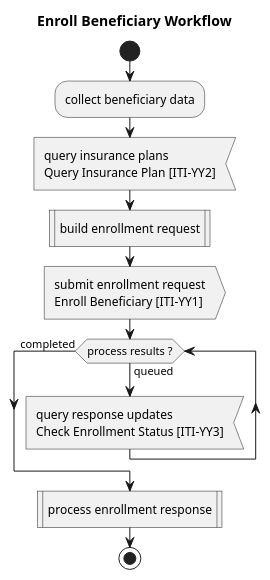
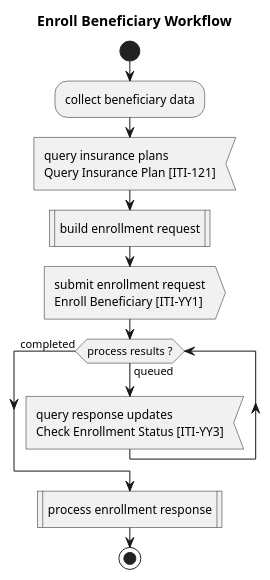
Before and after one commit to IHE/ITI.Finance: the diagram in input/images-source/overview-enroll.plantuml, drawn with PlantUML. The commit also changed 14 other files, not shown here.

```diff
--- a/input/images-source/overview-enroll.plantuml
+++ b/input/images-source/overview-enroll.plantuml
@@ -1,16 +1,16 @@
 @startuml
 
 title Enroll Beneficiary Workflow
 
 start
 :collect beneficiary data;
-:query insurance plans\nQuery Insurance Plan &#91;ITI-YY2&#93;<
+:query insurance plans\nQuery Insurance Plan &#91;ITI-121&#93;<
 :build enrollment request|
 :submit enrollment request\nEnroll Beneficiary &#91;ITI-YY1&#93;>
 while (process results ?) is (queued)
   :query response updates\nCheck Enrollment Status &#91;ITI-YY3&#93;<
 endwhile (completed)
 :process enrollment response|
 stop
 
 @enduml
```
